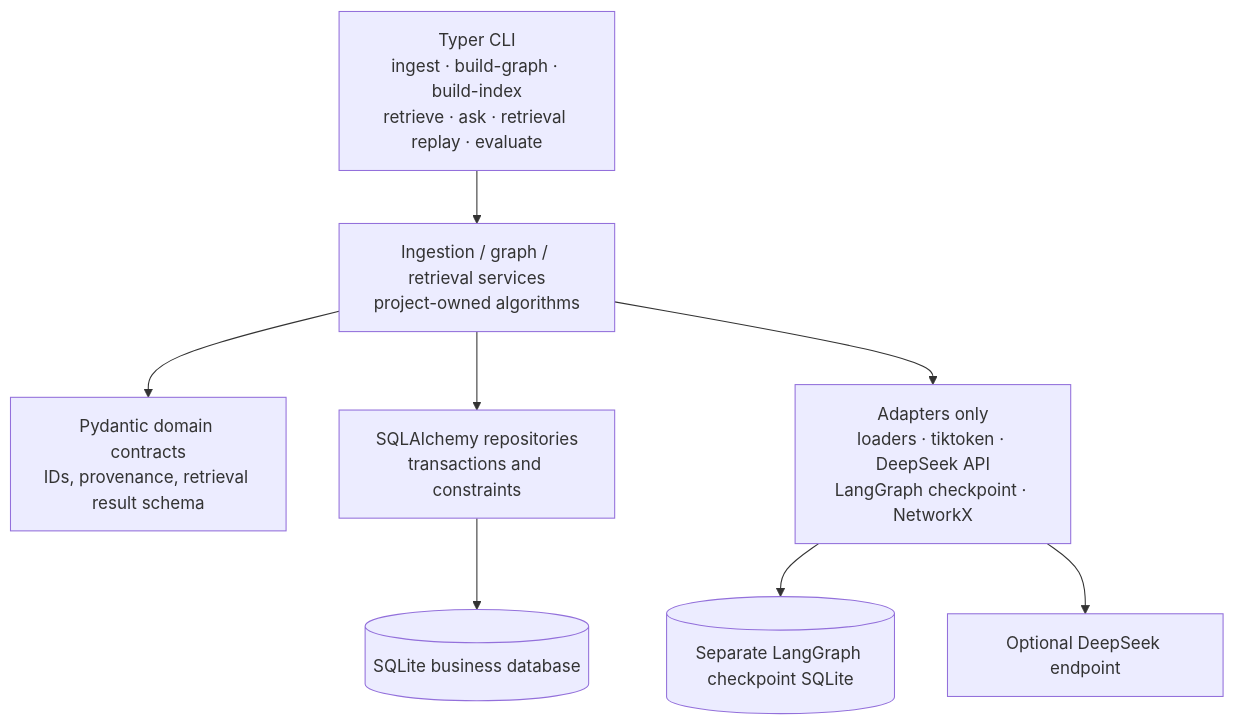
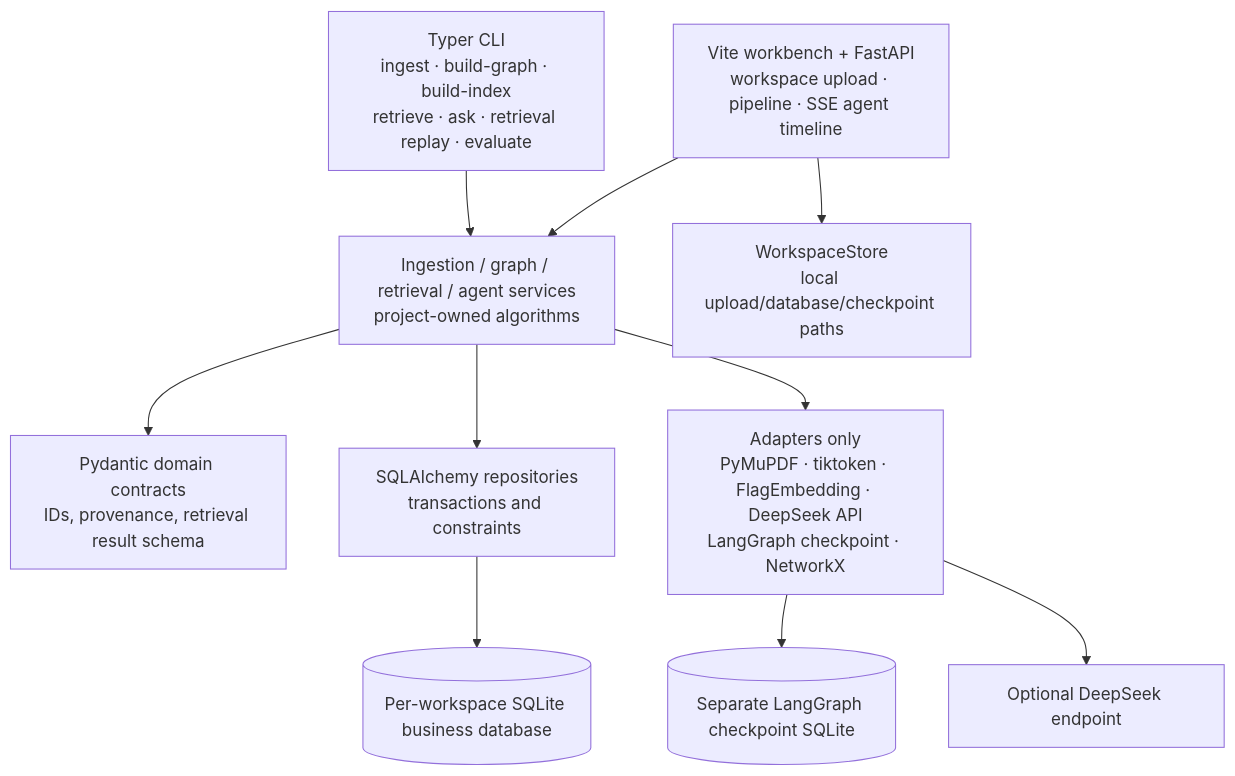
Before and after one commit to asdukw/agentic-rag: the second of 4 diagrams in docs/architecture.md, drawn with Mermaid. The commit also changed other lines of this file and 4 other files, not shown here.

Commit message:
docs: refresh architecture and remove stale plans

````diff
--- a/docs/architecture.md
+++ b/docs/architecture.md
@@ -108,19 +150,23 @@
 ```mermaid
 flowchart TB
     CLI["Typer CLI\ningest · build-graph · build-index\nretrieve · ask · retrieval replay · evaluate"]
+    Web["Vite workbench + FastAPI\nworkspace upload · pipeline · SSE agent timeline"]
     Domain["Pydantic domain contracts\nIDs, provenance, retrieval result schema"]
-    Services["Ingestion / graph / retrieval services\nproject-owned algorithms"]
+    Services["Ingestion / graph / retrieval / agent services\nproject-owned algorithms"]
     Repositories["SQLAlchemy repositories\ntransactions and constraints"]
-    Adapters["Adapters only\nloaders · tiktoken · DeepSeek API\nLangGraph checkpoint · NetworkX"]
-    SQLite[("SQLite business database")]
+    Adapters["Adapters only\nPyMuPDF · tiktoken · FlagEmbedding · DeepSeek API\nLangGraph checkpoint · NetworkX"]
+    Workspaces["WorkspaceStore\nlocal upload/database/checkpoint paths"]
+    SQLite[("Per-workspace SQLite business database")]
     Checkpoint[("Separate LangGraph checkpoint SQLite")]
     Provider["Optional DeepSeek endpoint"]
 
     CLI --> Services
+    Web --> Workspaces
+    Web --> Services
     Services --> Domain
     Services --> Repositories
     Services --> Adapters
     Repositories --> SQLite
     Adapters --> Checkpoint
     Adapters --> Provider
 ```
````
